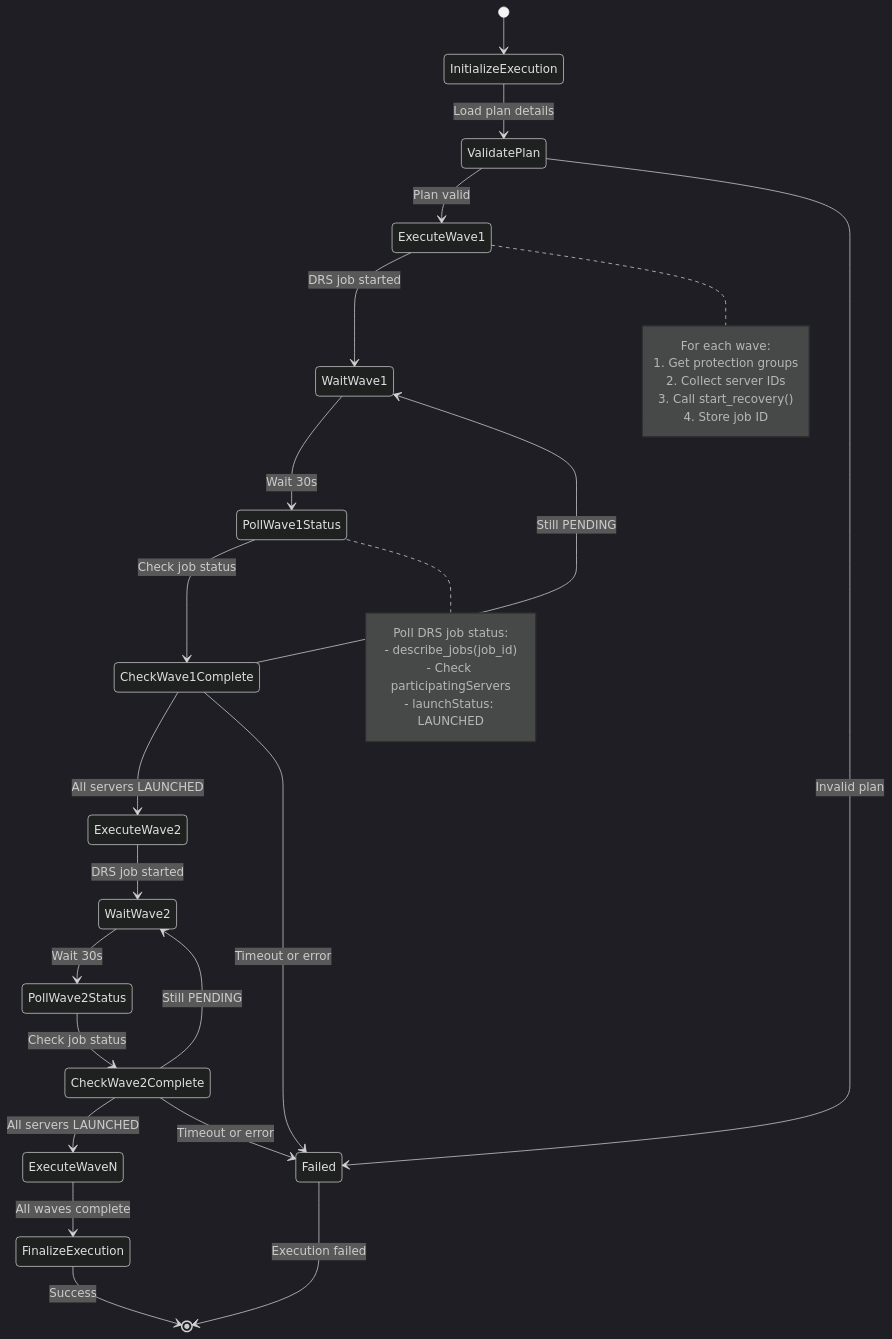
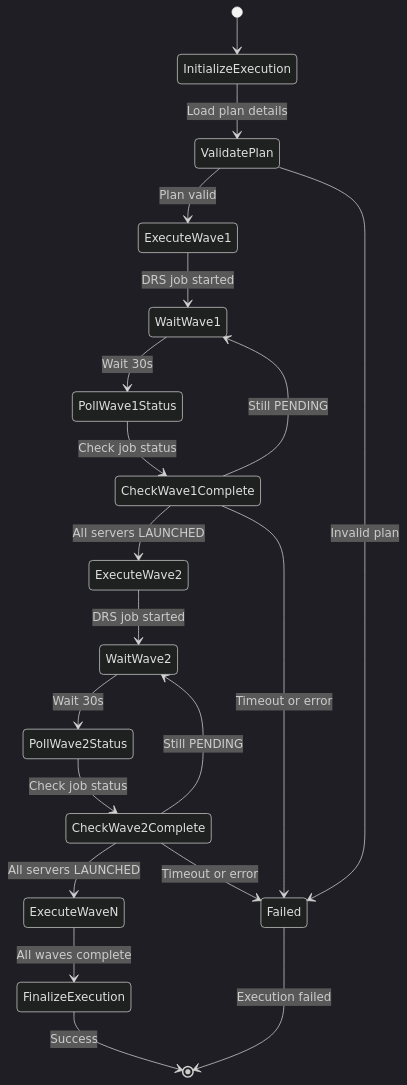
The eighth of 10 diagrams in docs/architecture/ARCHITECTURE_DIAGRAMS.md (johnjcousens/aws-elasticdrs-orchestrator), drawn with Mermaid (dark theme) before and after one commit. The commit also changed other lines of this file, not shown here.

First line of the commit message:
docs: fix Mermaid syntax errors and update architecture diagrams

````diff
--- a/docs/architecture/ARCHITECTURE_DIAGRAMS.md
+++ b/docs/architecture/ARCHITECTURE_DIAGRAMS.md
@@ -405,44 +386,31 @@
 ```mermaid
 stateDiagram-v2
     [*] --> InitializeExecution
     
     InitializeExecution --> ValidatePlan: Load plan details
     ValidatePlan --> ExecuteWave1: Plan valid
     ValidatePlan --> Failed: Invalid plan
     
     ExecuteWave1 --> WaitWave1: DRS job started
     WaitWave1 --> PollWave1Status: Wait 30s
     
     PollWave1Status --> CheckWave1Complete: Check job status
     CheckWave1Complete --> ExecuteWave2: All servers LAUNCHED
     CheckWave1Complete --> WaitWave1: Still PENDING
     CheckWave1Complete --> Failed: Timeout or error
     
     ExecuteWave2 --> WaitWave2: DRS job started
     WaitWave2 --> PollWave2Status: Wait 30s
     
     PollWave2Status --> CheckWave2Complete: Check job status
     CheckWave2Complete --> ExecuteWaveN: All servers LAUNCHED
     CheckWave2Complete --> WaitWave2: Still PENDING
     CheckWave2Complete --> Failed: Timeout or error
     
     ExecuteWaveN --> FinalizeExecution: All waves complete
     FinalizeExecution --> [*]: Success
     
     Failed --> [*]: Execution failed
     
-    note right of ExecuteWave1
-        For each wave:
-        1. Get protection groups
-        2. Collect server IDs
-        3. Call start_recovery()
-        4. Store job ID
-    end note
-    
-    note right of PollWave1Status
-        Poll DRS job status:
-        - describe_jobs(job_id)
-        - Check participatingServers
-        - launchStatus: LAUNCHED
-    end note
+
 ```
````
